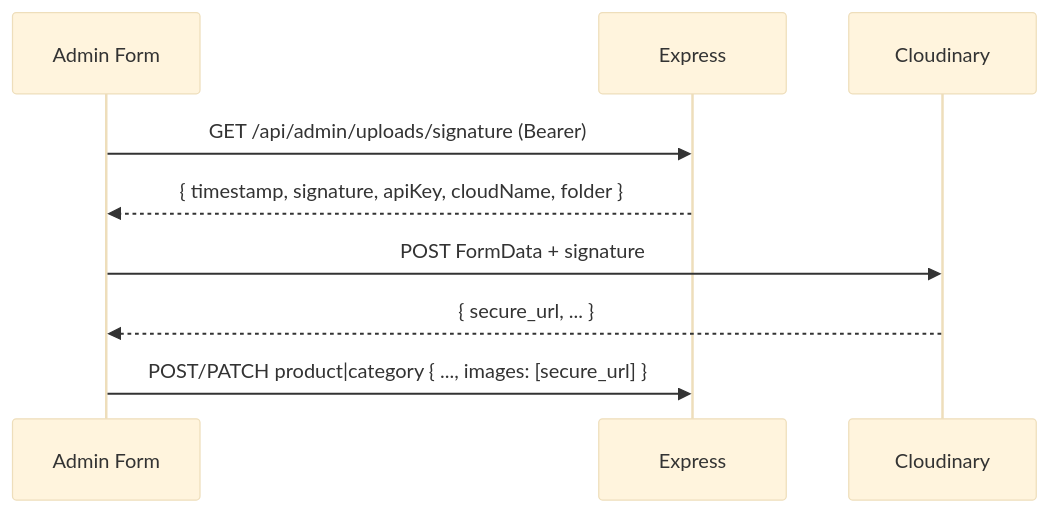
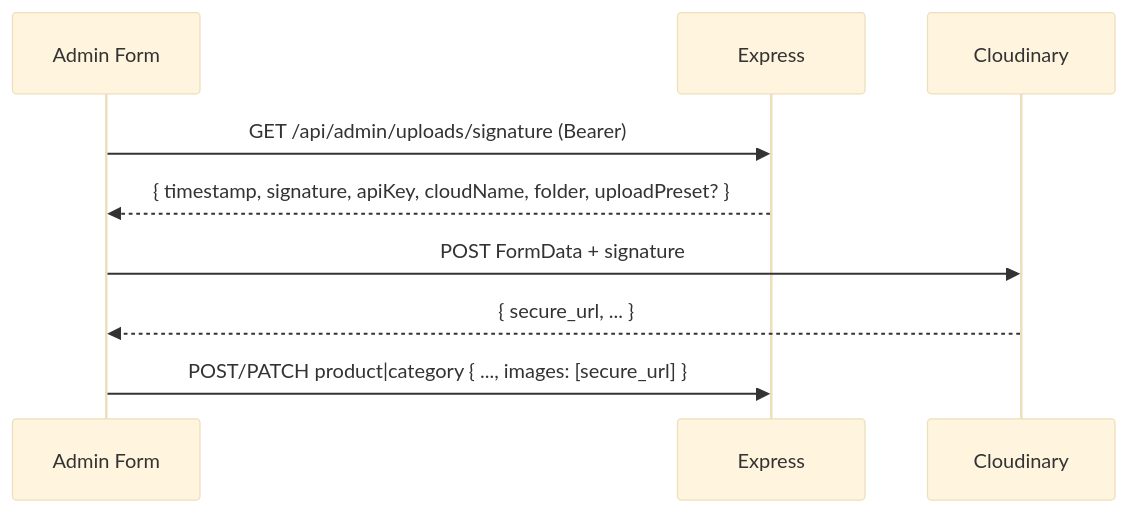
One commit to IshakQuresheeAkib/minan changed the diagram in project.md. Above: the diagram before and after it, drawn with Mermaid (base theme). The commit also changed other lines of this file and 60 other files, not shown here.

````diff
--- a/project.md
+++ b/project.md
@@ -646,11 +670,11 @@
 ```mermaid
 sequenceDiagram
     participant UI as Admin Form
     participant API as Express
     participant CL as Cloudinary
     UI->>API: GET /api/admin/uploads/signature (Bearer)
-    API-->>UI: { timestamp, signature, apiKey, cloudName, folder }
+    API-->>UI: { timestamp, signature, apiKey, cloudName, folder, uploadPreset? }
     UI->>CL: POST FormData + signature
     CL-->>UI: { secure_url, ... }
     UI->>API: POST/PATCH product|category { ..., images: [secure_url] }
 ```
````
